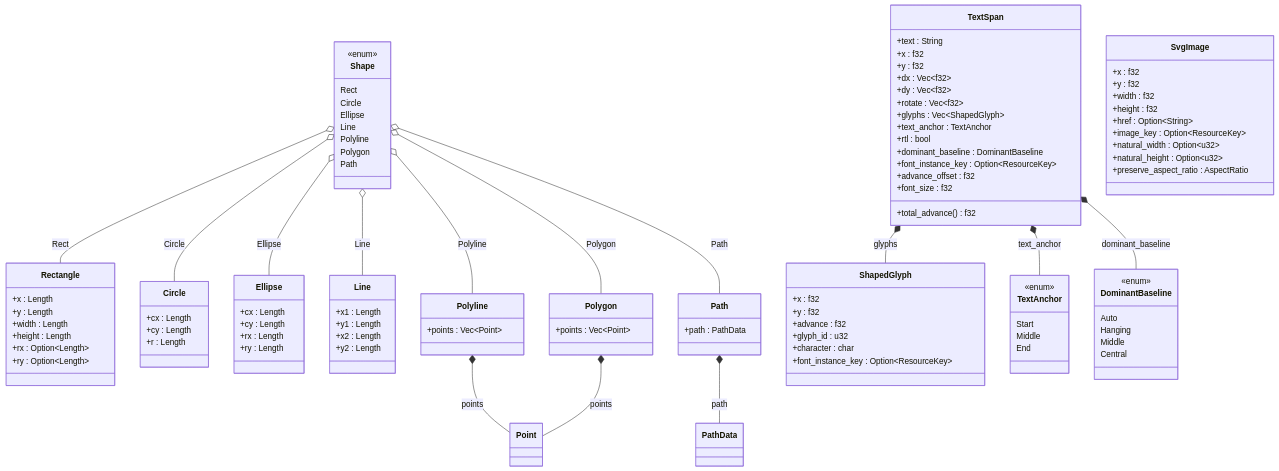
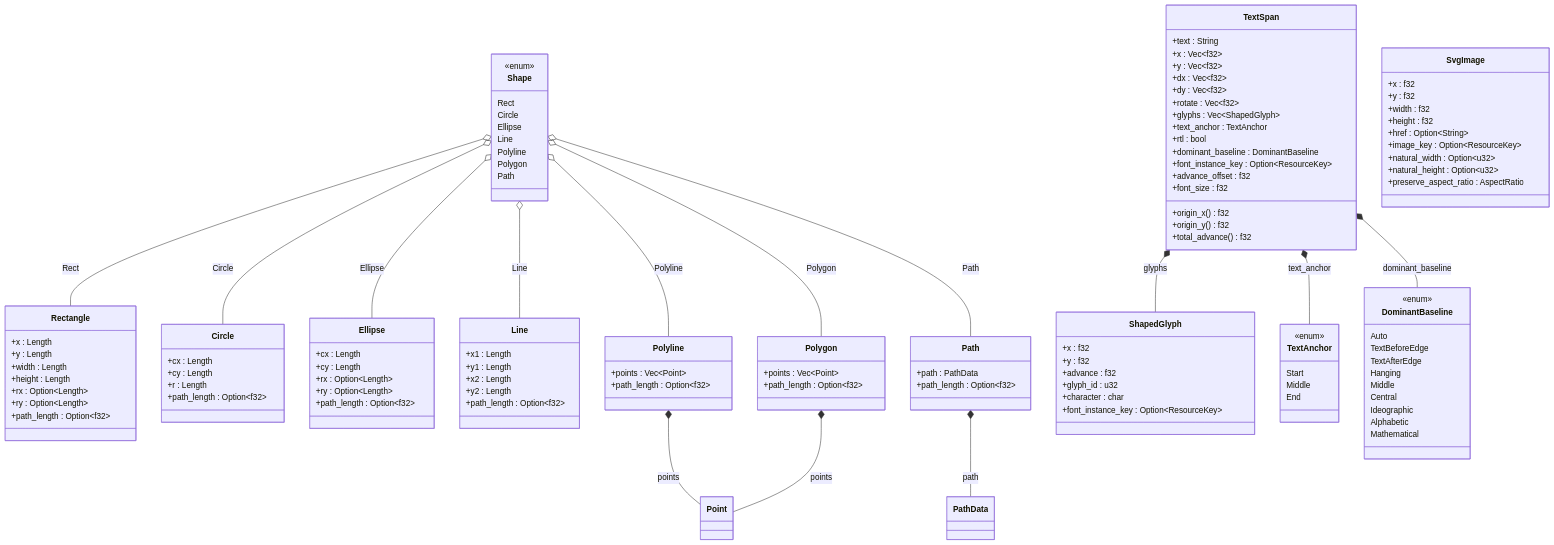
The third of 8 diagrams in svg-engine-data-model.md (mu-mostafa98/servo), drawn with Mermaid before and after one commit. The commit also changed other lines of this file, not shown here.

```diff
--- a/svg-engine-data-model.md
+++ b/svg-engine-data-model.md
@@ -157,38 +162,45 @@
         +height : Length
         +rx : Option~Length~
         +ry : Option~Length~
+        +path_length : Option~f32~
     }
     class Circle {
         +cx : Length
         +cy : Length
         +r : Length
+        +path_length : Option~f32~
     }
     class Ellipse {
         +cx : Length
         +cy : Length
-        +rx : Length
-        +ry : Length
+        +rx : Option~Length~
+        +ry : Option~Length~
+        +path_length : Option~f32~
     }
     class Line {
         +x1 : Length
         +y1 : Length
         +x2 : Length
         +y2 : Length
+        +path_length : Option~f32~
     }
     class Polyline {
         +points : Vec~Point~
+        +path_length : Option~f32~
     }
     class Polygon {
         +points : Vec~Point~
+        +path_length : Option~f32~
     }
     class Path {
         +path : PathData
+        +path_length : Option~f32~
     }
 
     class TextSpan {
         +text : String
-        +x : f32
-        +y : f32
+        +x : Vec~f32~
+        +y : Vec~f32~
         +dx : Vec~f32~
         +dy : Vec~f32~
         +rotate : Vec~f32~
@@ -199,6 +211,8 @@
         +font_instance_key : Option~ResourceKey~
         +advance_offset : f32
         +font_size : f32
+        +origin_x() f32
+        +origin_y() f32
         +total_advance() f32
     }
 
@@ -220,9 +234,14 @@
     class DominantBaseline {
         <<enum>>
         Auto
+        TextBeforeEdge
+        TextAfterEdge
         Hanging
         Middle
         Central
+        Ideographic
+        Alphabetic
+        Mathematical
     }
 
     class SvgImage {
```
